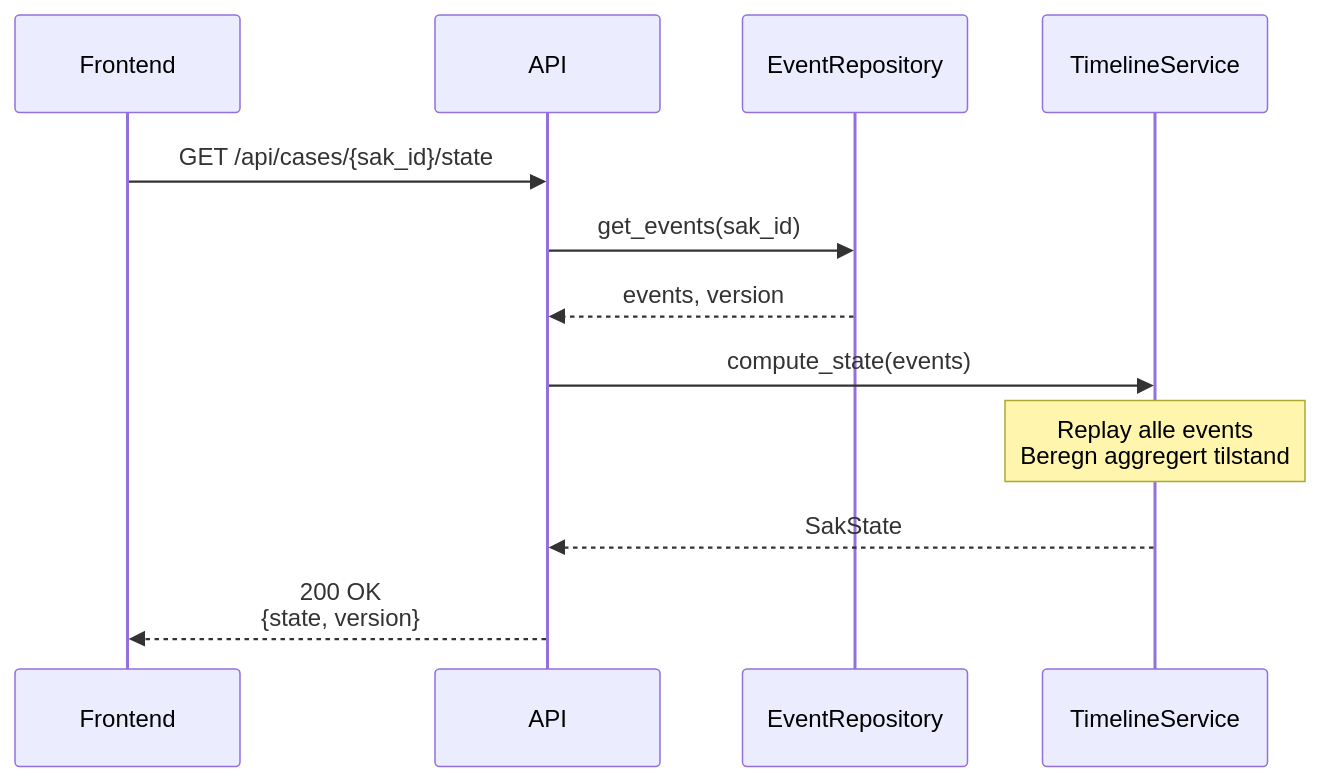
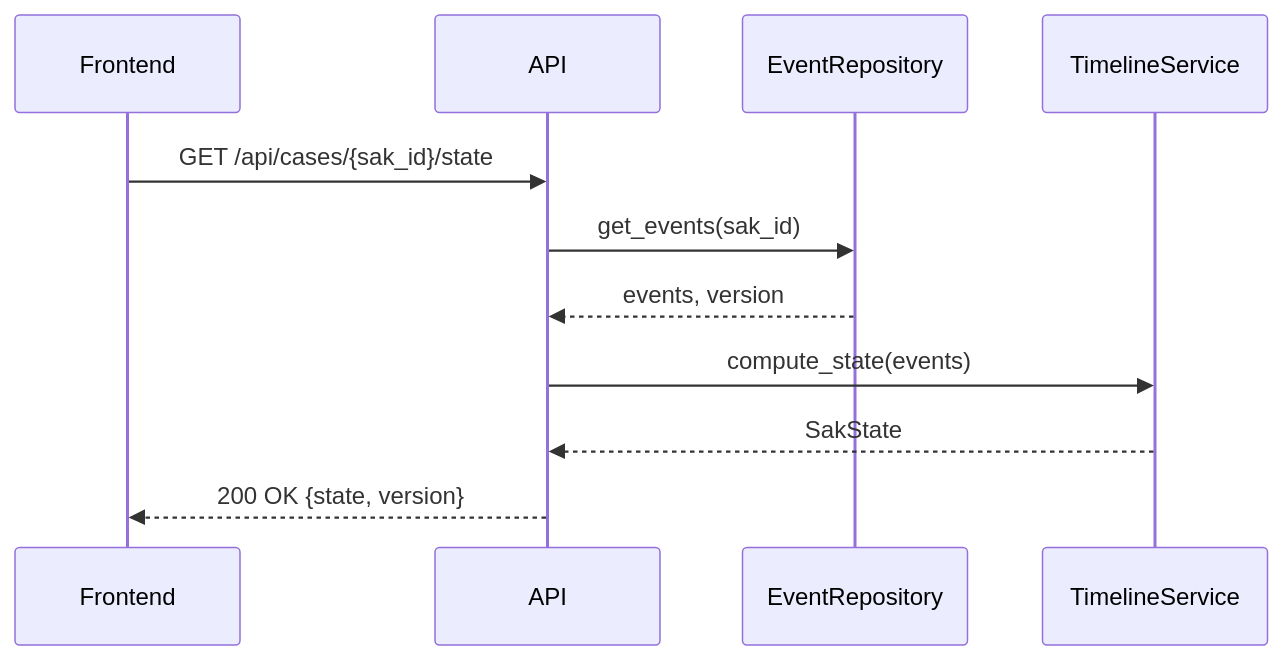
The fourth of 4 diagrams in docs/ARCHITECTURE_AND_DATAMODEL.md (khjohns/unified-timeline), drawn with Mermaid before and after one commit. The commit also changed other lines of this file, not shown here.

````diff
--- a/docs/ARCHITECTURE_AND_DATAMODEL.md
+++ b/docs/ARCHITECTURE_AND_DATAMODEL.md
@@ -1566,18 +457,14 @@
 ```mermaid
 sequenceDiagram
     participant F as Frontend
     participant A as API
     participant R as EventRepository
     participant T as TimelineService
 
     F->>A: GET /api/cases/{sak_id}/state
-
     A->>R: get_events(sak_id)
     R-->>A: events, version
-
     A->>T: compute_state(events)
-    Note over T: Replay alle events<br/>Beregn aggregert tilstand
     T-->>A: SakState
-
-    A-->>F: 200 OK<br/>{state, version}
+    A-->>F: 200 OK {state, version}
 ```
````
